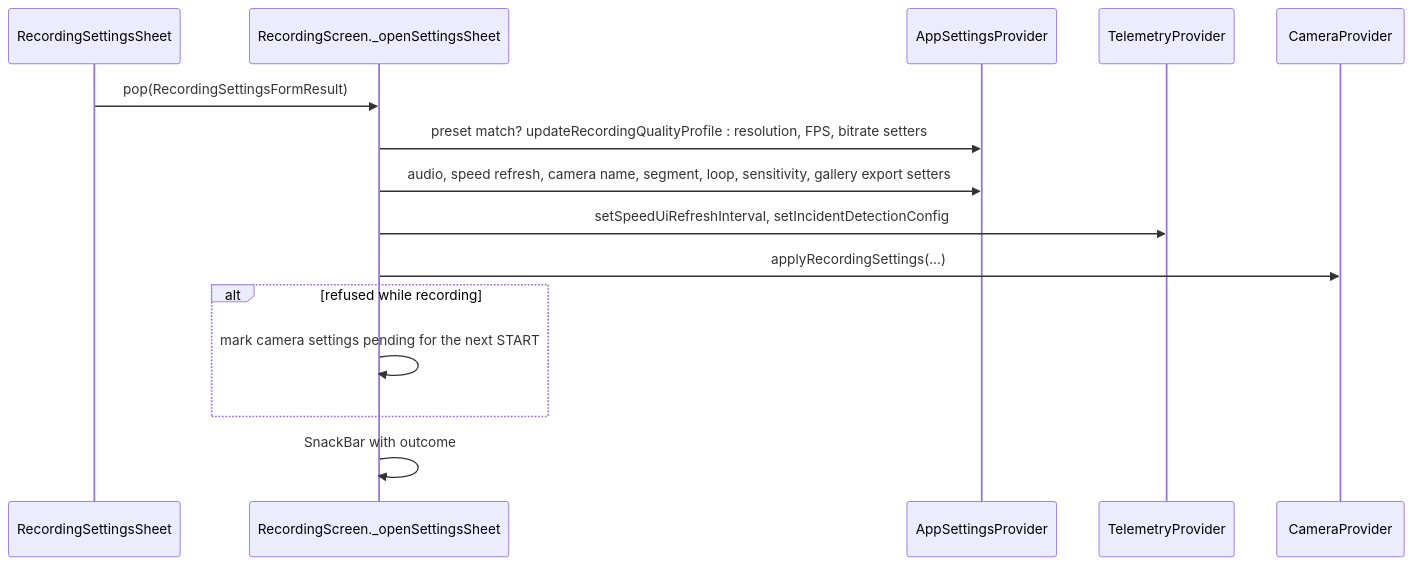
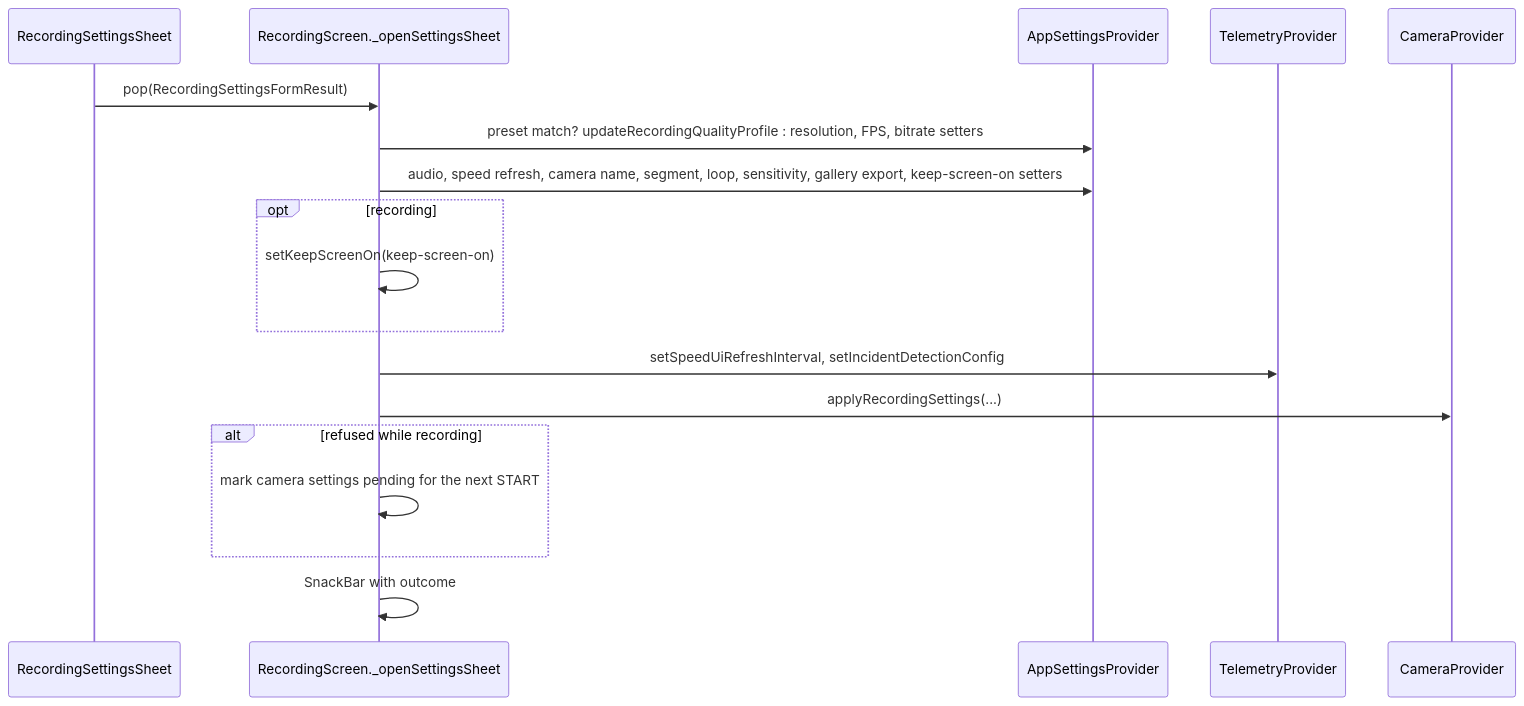
Before and after one commit to Sarthak195/MotoCam: the diagram in docs/settings.md, drawn with Mermaid. The commit also changed other lines of this file and 8 other files, not shown here.

First line of the commit message:
docs: describe screen-off recording, keep-screen-on and the capture check (F004, F009)

````diff
--- a/docs/settings.md
+++ b/docs/settings.md
@@ -107,17 +109,20 @@
 ```mermaid
 sequenceDiagram
     participant Sheet as RecordingSettingsSheet
     participant Screen as RecordingScreen._openSettingsSheet
     participant Settings as AppSettingsProvider
     participant Telemetry as TelemetryProvider
     participant Camera as CameraProvider
     Sheet->>Screen: pop(RecordingSettingsFormResult)
     Screen->>Settings: preset match? updateRecordingQualityProfile : resolution, FPS, bitrate setters
-    Screen->>Settings: audio, speed refresh, camera name, segment, loop, sensitivity, gallery export setters
+    Screen->>Settings: audio, speed refresh, camera name, segment, loop, sensitivity, gallery export, keep-screen-on setters
+    opt recording
+        Screen->>Screen: setKeepScreenOn(keep-screen-on)
+    end
     Screen->>Telemetry: setSpeedUiRefreshInterval, setIncidentDetectionConfig
     Screen->>Camera: applyRecordingSettings(...)
     alt refused while recording
         Screen->>Screen: mark camera settings pending for the next START
     end
     Screen->>Screen: SnackBar with outcome
 ```
````
